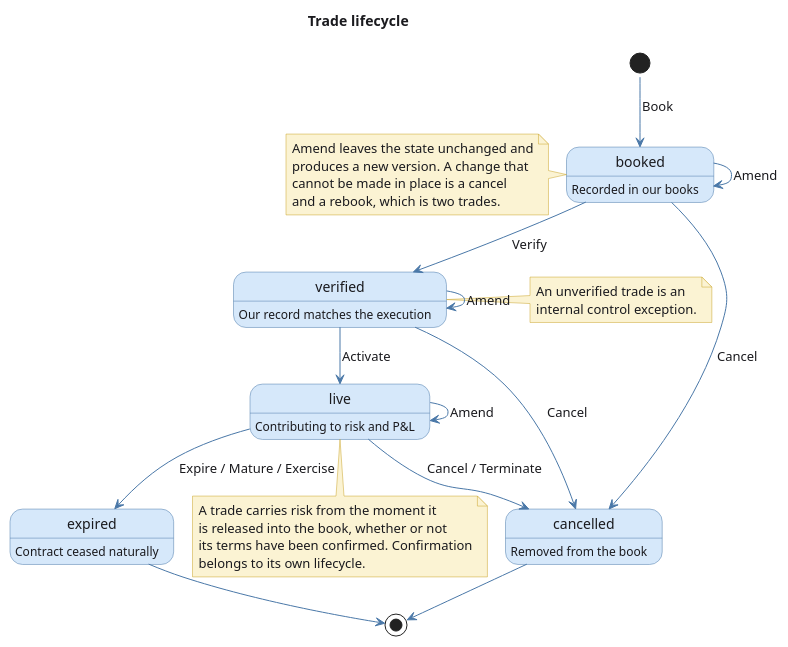
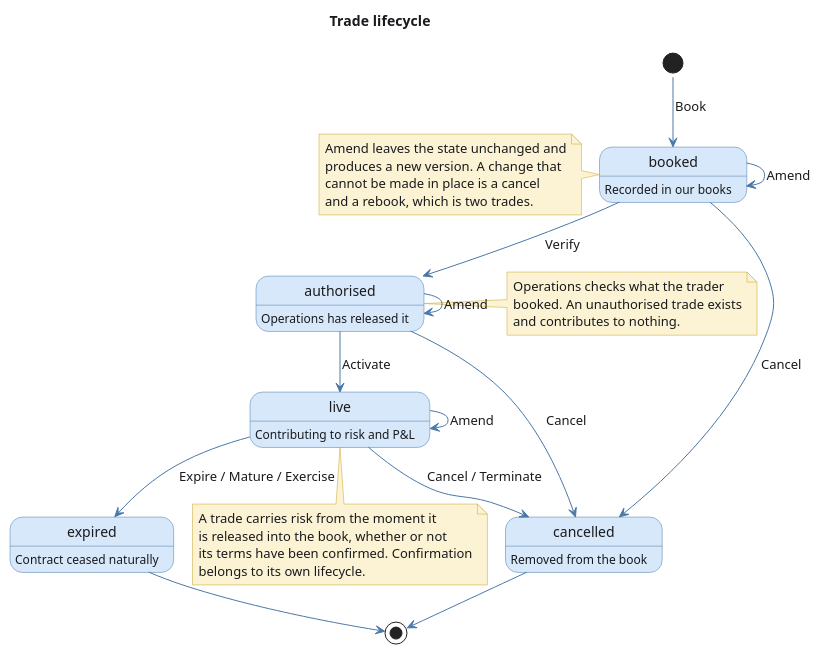
Before and after one commit to OreStudio/OreStudio: the diagram in doc/knowledge/domain/trade_status_lifecycle.puml, drawn with PlantUML. The commit also changed 6 other files, not shown here.

```diff
--- a/doc/knowledge/domain/trade_status_lifecycle.puml
+++ b/doc/knowledge/domain/trade_status_lifecycle.puml
@@ -18,69 +18,70 @@
 @startuml
 !pragma layout smetana
 
 title Trade lifecycle
 
 skinparam state {
     BackgroundColor #D6E8FA
     BorderColor #4A78A8
     FontColor #1A1A1E
     AttributeFontColor #3A3A3E
     ArrowColor #4A78A8
     ArrowFontColor #1A1A1E
     StartColor #4A78A8
     EndColor #4A78A8
 }
 skinparam note {
     BackgroundColor #FBF3D3
     BorderColor #C9A227
     FontColor #1A1A1E
 }
 skinparam BackgroundColor white
 skinparam DefaultFontColor #1A1A1E
 
 state "booked" as Booked
-state "verified" as Verified
+state "authorised" as Verified
 state "live" as Live
 state "expired" as Expired
 state "cancelled" as Cancelled
 
 Booked : Recorded in our books
-Verified : Our record matches the execution
+Verified : Operations has released it
 Live : Contributing to risk and P&L
 Expired : Contract ceased naturally
 Cancelled : Removed from the book
 
 [*] --> Booked : Book
 Booked --> Verified : Verify
 Verified --> Live : Activate
 Live --> Expired : Expire / Mature / Exercise
 
 Booked --> Booked : Amend
 Verified --> Verified : Amend
 Live --> Live : Amend
 Booked --> Cancelled : Cancel
 Verified --> Cancelled : Cancel
 Live --> Cancelled : Cancel / Terminate
 Expired --> [*]
 Cancelled --> [*]
 
 note right of Verified
-  An unverified trade is an
-  internal control exception.
+  Operations checks what the trader
+  booked. An unauthorised trade exists
+  and contributes to nothing.
 end note
 
 note bottom of Live
   A trade carries risk from the moment it
   is released into the book, whether or not
   its terms have been confirmed. Confirmation
   belongs to its own lifecycle.
 end note
 
 note left of Booked
   Amend leaves the state unchanged and
   produces a new version. A change that
   cannot be made in place is a cancel
   and a rebook, which is two trades.
 end note
 
 @enduml
```
